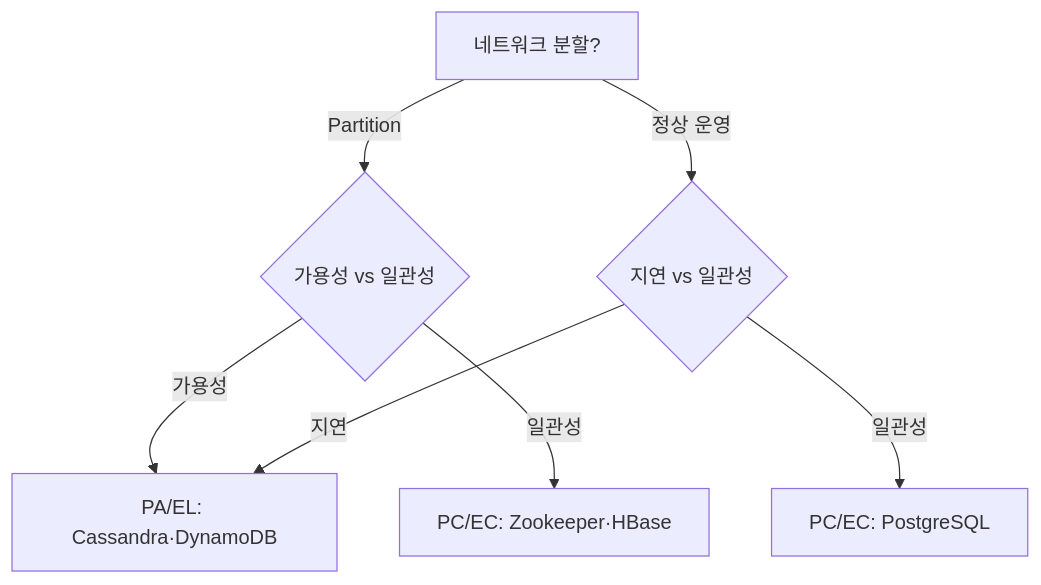
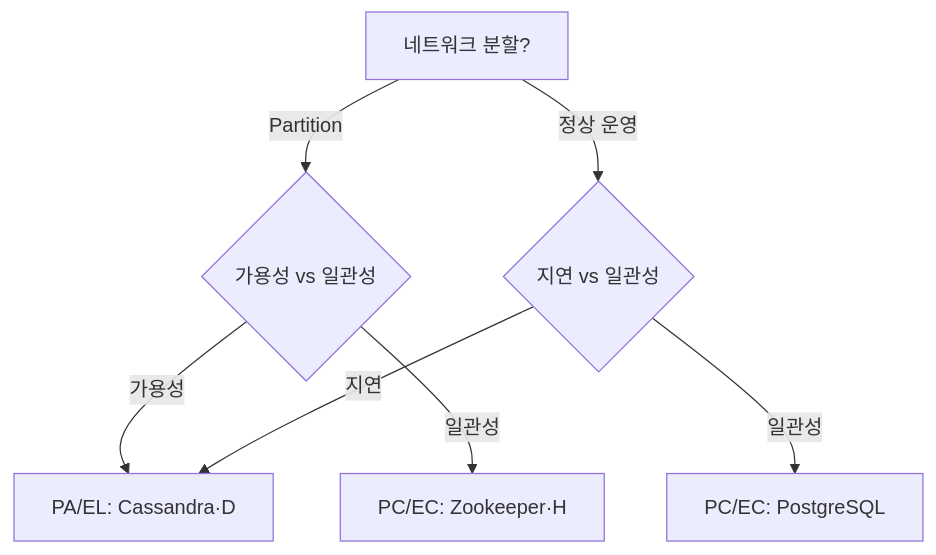
The fifth of 17 diagrams in _posts/systemdesign/2026-05-02-system-design-fundamentals.md (yjkim2015/yjkim2015.github.io), drawn with Mermaid before and after one commit. The commit also changed other lines of this file and 271 other files, not shown here.

First line of the commit message:
Mermaid 라벨 축소: 긴 노드 텍스트 18자 이하로 트림 + \n 제거

````diff
--- a/_posts/systemdesign/2026-05-02-system-design-fundamentals.md
+++ b/_posts/systemdesign/2026-05-02-system-design-fundamentals.md
@@ -234,9 +234,9 @@
 ```mermaid
 graph TD
     A["네트워크 분할?"] -->|"Partition"| B{"가용성 vs 일관성"}
     A -->|"정상 운영"| C{"지연 vs 일관성"}
-    B -->|"가용성"| D["PA/EL: Cassandra·DynamoDB"]
-    B -->|"일관성"| E["PC/EC: Zookeeper·HBase"]
+    B -->|"가용성"| D["PA/EL: Cassandra·D"]
+    B -->|"일관성"| E["PC/EC: Zookeeper·H"]
     C -->|"지연"| D
     C -->|"일관성"| F["PC/EC: PostgreSQL"]
 ```
````
